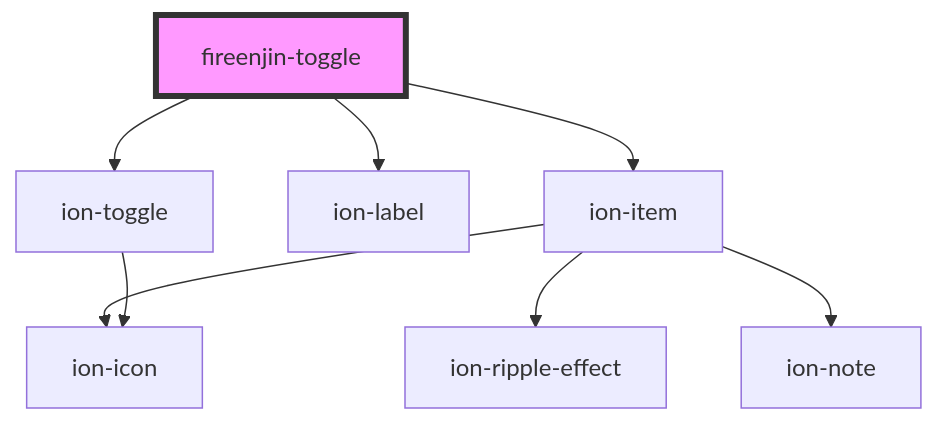
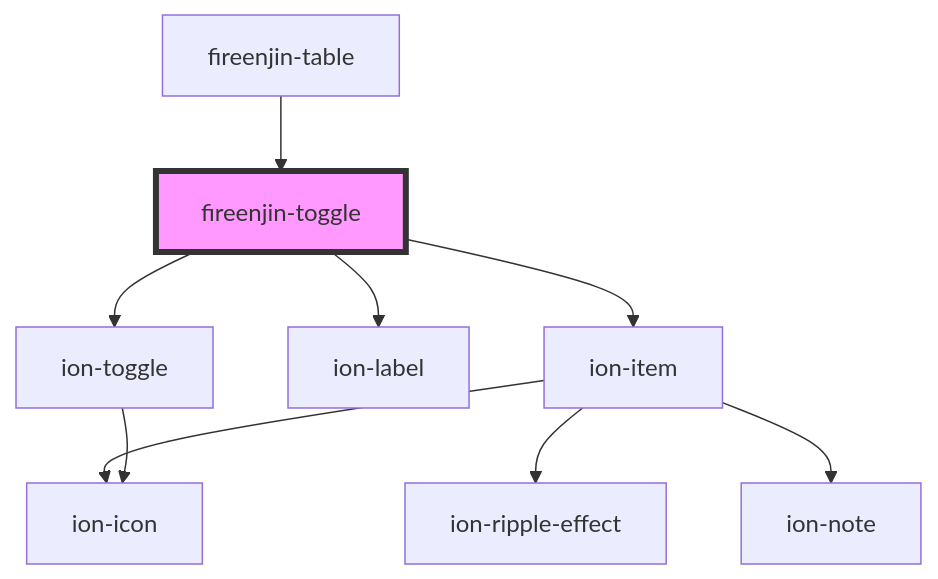
One commit to FireEnjin/Components changed the diagram in src/components/toggle/readme.md. Above: the diagram before and after it, drawn with Mermaid. The commit also changed other lines of this file and 15 other files, not shown here.

````diff
--- a/src/components/toggle/readme.md
+++ b/src/components/toggle/readme.md
@@ -30,11 +34,12 @@
 ```mermaid
 graph TD;
   fireenjin-toggle --> ion-item
   fireenjin-toggle --> ion-label
   fireenjin-toggle --> ion-toggle
   ion-item --> ion-icon
   ion-item --> ion-ripple-effect
   ion-item --> ion-note
   ion-toggle --> ion-icon
+  fireenjin-table --> fireenjin-toggle
   style fireenjin-toggle fill:#f9f,stroke:#333,stroke-width:4px
 ```
````
